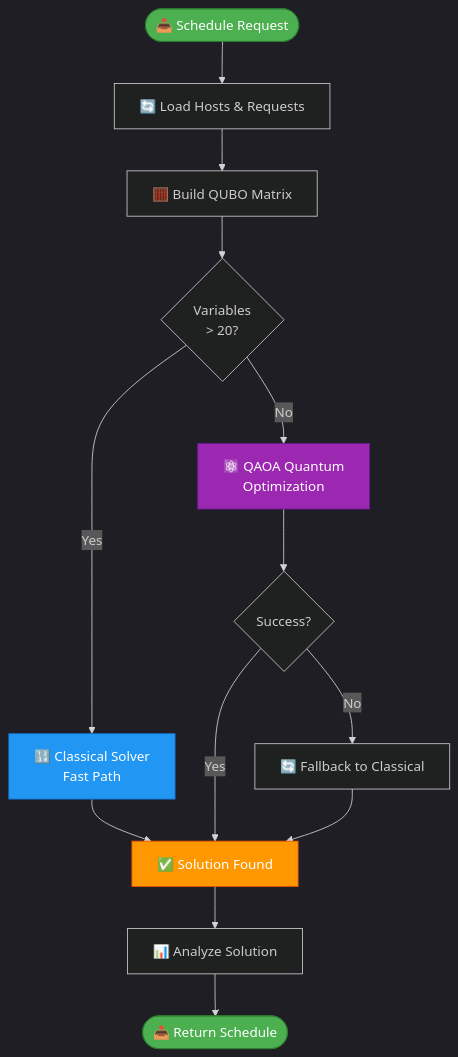
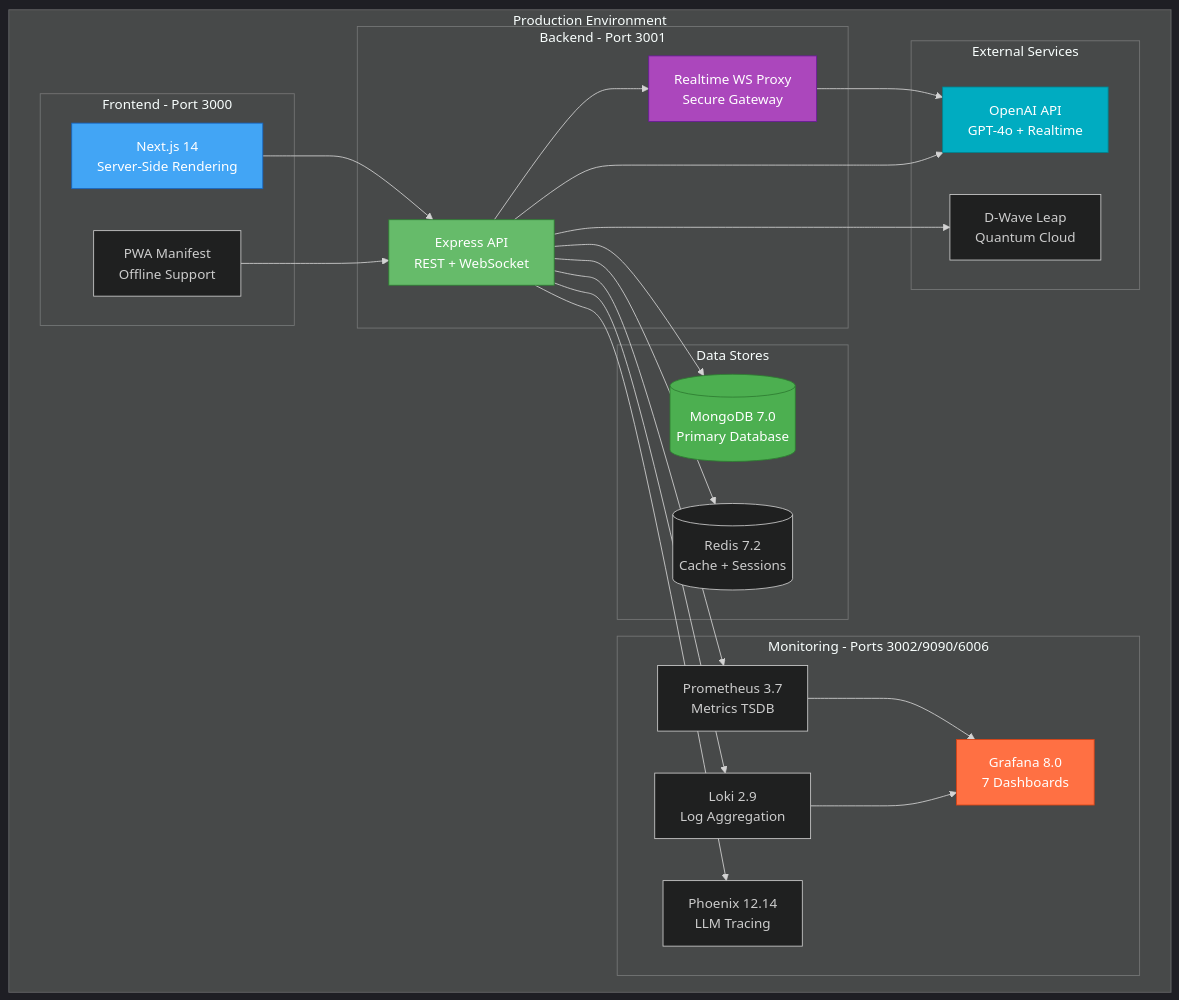
The ninth of 16 diagrams in README.md (rjamoriz/World-congress-GenAI-and-Quantum-Boosted), drawn with Mermaid before and after one commit. The commit also changed other lines of this file, not shown here.

First line of the commit message:
📊 Add comprehensive Mermaid architecture diagrams to README

````diff
--- a/README.md
+++ b/README.md
@@ -149,26 +413,56 @@
 ```mermaid
 %%{init: {'theme':'dark'}}%%
-flowchart TD
-    Start([📥 Schedule Request]) --> Load[🔄 Load Hosts & Requests]
-    Load --> Build[🧮 Build QUBO Matrix]
-    Build --> Check{Variables<br/>> 20?}
+graph TB
+    subgraph "Production Environment"
+        subgraph "Frontend - Port 3000"
+            NEXT[Next.js 14<br/>Server-Side Rendering]
+            PWA[PWA Manifest<br/>Offline Support]
+        end
+        
+        subgraph "Backend - Port 3001"
+            EXPRESS[Express API<br/>REST + WebSocket]
+            WS_PROXY[Realtime WS Proxy<br/>Secure Gateway]
+        end
+        
+        subgraph "Data Stores"
+            MONGODB[(MongoDB 7.0<br/>Primary Database)]
+            REDIS[(Redis 7.2<br/>Cache + Sessions)]
+        end
+        
+        subgraph "Monitoring - Ports 3002/9090/6006"
+            GRAFANA[Grafana 8.0<br/>7 Dashboards]
+            PROMETHEUS[Prometheus 3.7<br/>Metrics TSDB]
+            LOKI_SVC[Loki 2.9<br/>Log Aggregation]
+            PHOENIX_SVC[Phoenix 12.14<br/>LLM Tracing]
+        end
+        
+        subgraph "External Services"
+            OPENAI_API[OpenAI API<br/>GPT-4o + Realtime]
+            DWAVE_CLOUD[D-Wave Leap<br/>Quantum Cloud]
+        end
+    end
     
-    Check -->|Yes| Classical[🔢 Classical Solver<br/>Fast Path]
-    Check -->|No| Quantum[⚛️ QAOA Quantum<br/>Optimization]
+    NEXT --> EXPRESS
+    PWA --> EXPRESS
+    EXPRESS --> WS_PROXY
     
-    Quantum --> QSuccess{Success?}
-    QSuccess -->|Yes| Results[✅ Solution Found]
-    QSuccess -->|No| Fallback[🔄 Fallback to Classical]
+    EXPRESS --> MONGODB
+    EXPRESS --> REDIS
     
-    Classical --> Results
-    Fallback --> Results
+    EXPRESS --> PROMETHEUS
+    PROMETHEUS --> GRAFANA
+    EXPRESS --> LOKI_SVC
+    LOKI_SVC --> GRAFANA
+    EXPRESS --> PHOENIX_SVC
     
-    Results --> Analyze[📊 Analyze Solution]
-    Analyze --> Return([📤 Return Schedule])
+    WS_PROXY --> OPENAI_API
+    EXPRESS --> OPENAI_API
+    EXPRESS --> DWAVE_CLOUD
     
-    style Start fill:#4CAF50,stroke:#2E7D32,color:#fff
-    style Quantum fill:#9C27B0,stroke:#6A1B9A,color:#fff
-    style Classical fill:#2196F3,stroke:#1565C0,color:#fff
-    style Results fill:#FF9800,stroke:#E65100,color:#fff
-    style Return fill:#4CAF50,stroke:#2E7D32,color:#fff
+    style NEXT fill:#42A5F5,stroke:#1565C0,color:#fff
+    style EXPRESS fill:#66BB6A,stroke:#2E7D32,color:#fff
+    style MONGODB fill:#4CAF50,stroke:#2E7D32,color:#fff
+    style GRAFANA fill:#FF7043,stroke:#D84315,color:#fff
+    style OPENAI_API fill:#00ACC1,stroke:#00838F,color:#fff
+    style WS_PROXY fill:#AB47BC,stroke:#6A1B9A,color:#fff
 ```
````
